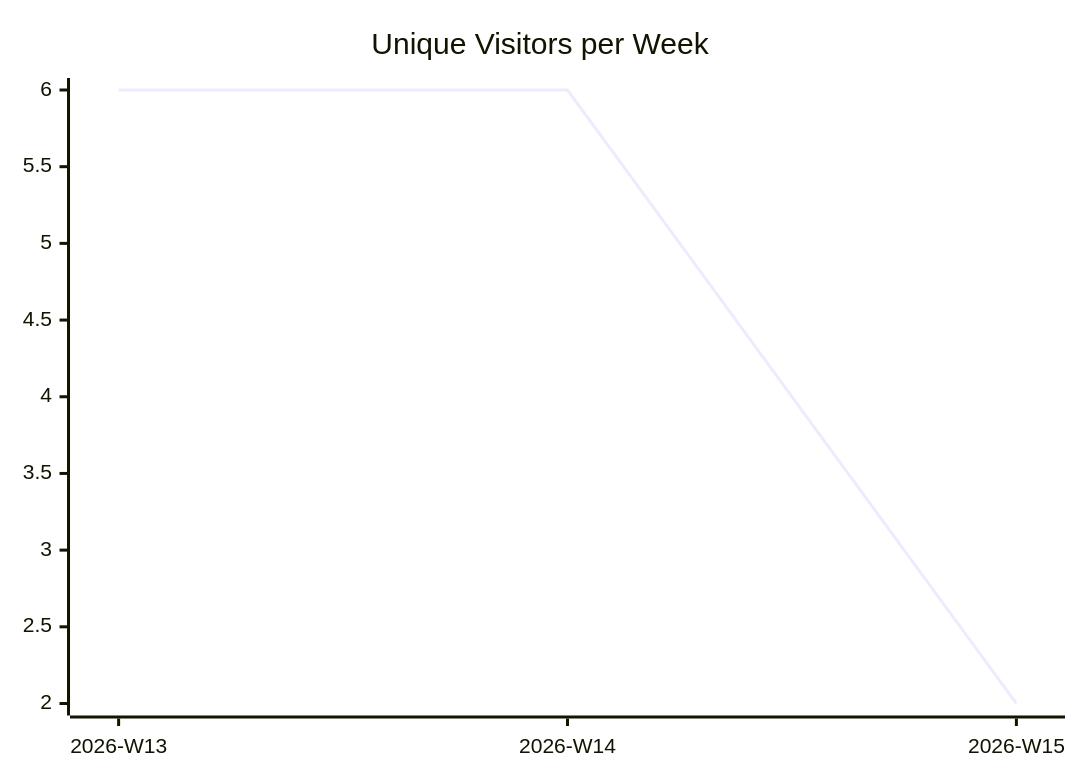
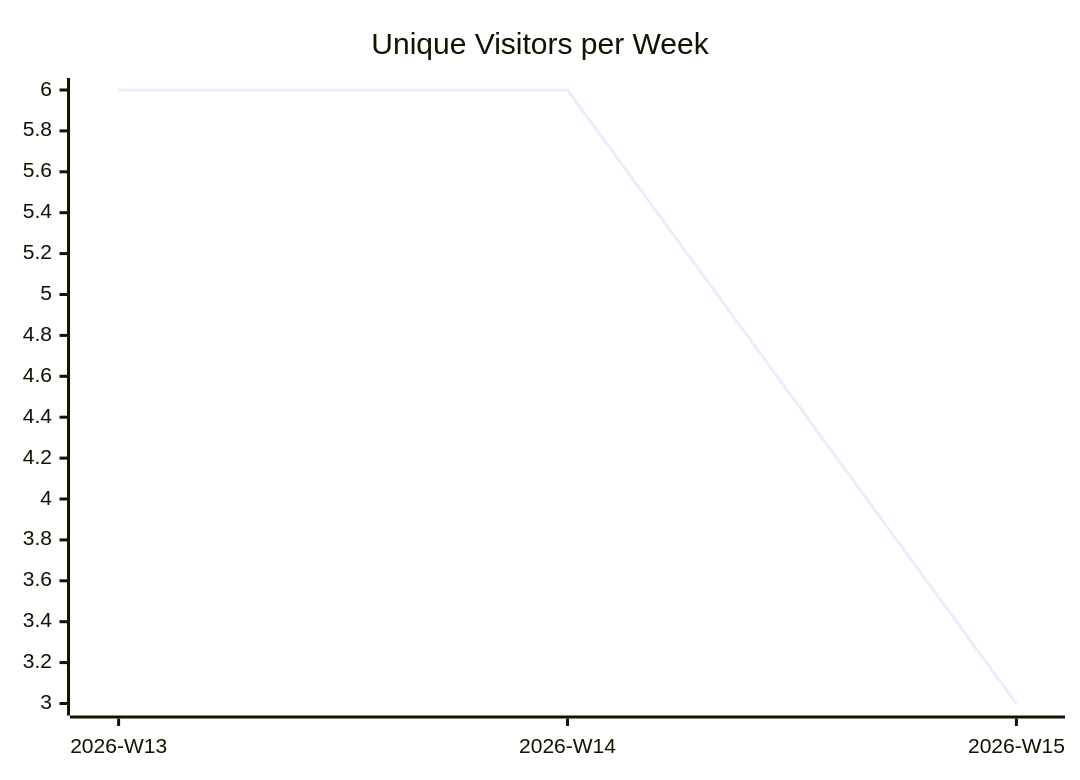
The first of 3 diagrams in karlmdavis/ksoap2-android/README.md (justdavis-family/github-analytics-data), drawn with Mermaid before and after one commit. The commit also changed other lines of this file and 192 other files, not shown here.

````diff
--- a/karlmdavis/ksoap2-android/README.md
+++ b/karlmdavis/ksoap2-android/README.md
@@ -5,6 +5,6 @@
 ```mermaid
 xychart-beta
   title "Unique Visitors per Week"
   x-axis ["2026-W13", "2026-W14", "2026-W15"]
-  line [6, 6, 2]
+  line [6, 6, 3]
 ```
````
